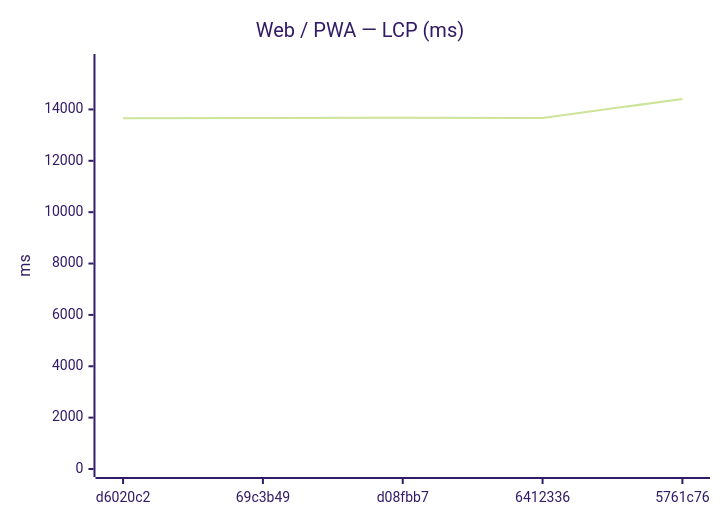
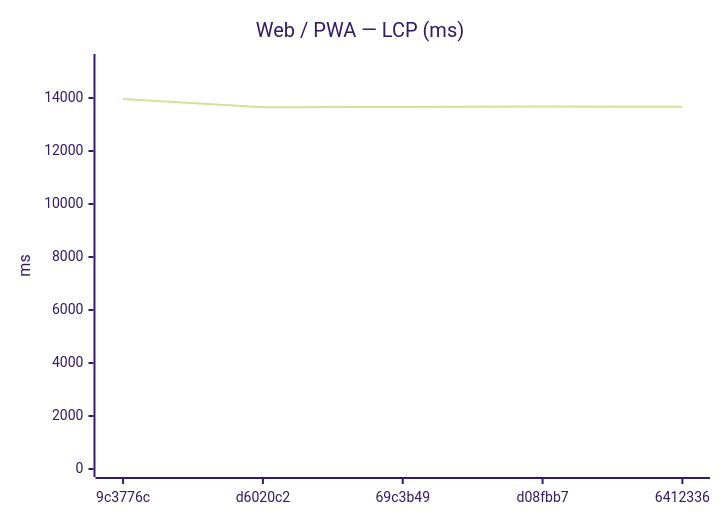
The seventh of 18 diagrams in benchmarks/compare.md (Metaheurist/Rianell), drawn with Mermaid (forest theme) before and after one commit. The commit also changed other lines of this file and 11 other files, not shown here.

````diff
--- a/benchmarks/compare.md
+++ b/benchmarks/compare.md
@@ -117,7 +117,7 @@
 ```mermaid
 xychart-beta
     title "Web / PWA — LCP (ms)"
-    x-axis ["d6020c2", "69c3b49", "d08fbb7", "6412336", "5761c76"]
-    y-axis "ms" 0 --> 15847
-    line [13654, 13664, 13678, 13670, 14406]
+    x-axis ["9c3776c", "d6020c2", "69c3b49", "d08fbb7", "6412336"]
+    y-axis "ms" 0 --> 15359
+    line [13962, 13654, 13664, 13678, 13670]
 ```
````
